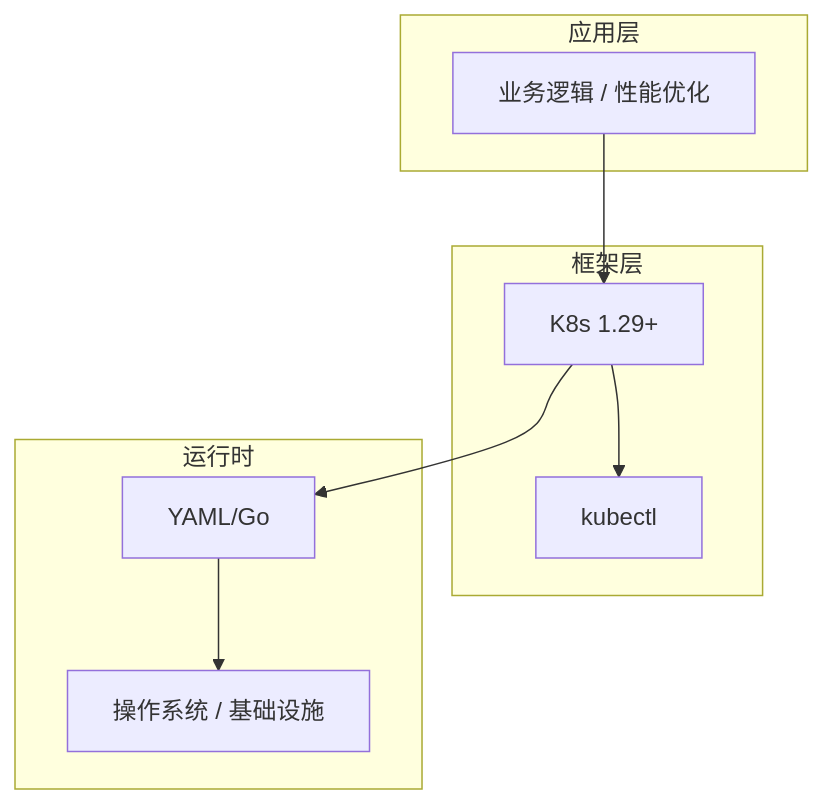
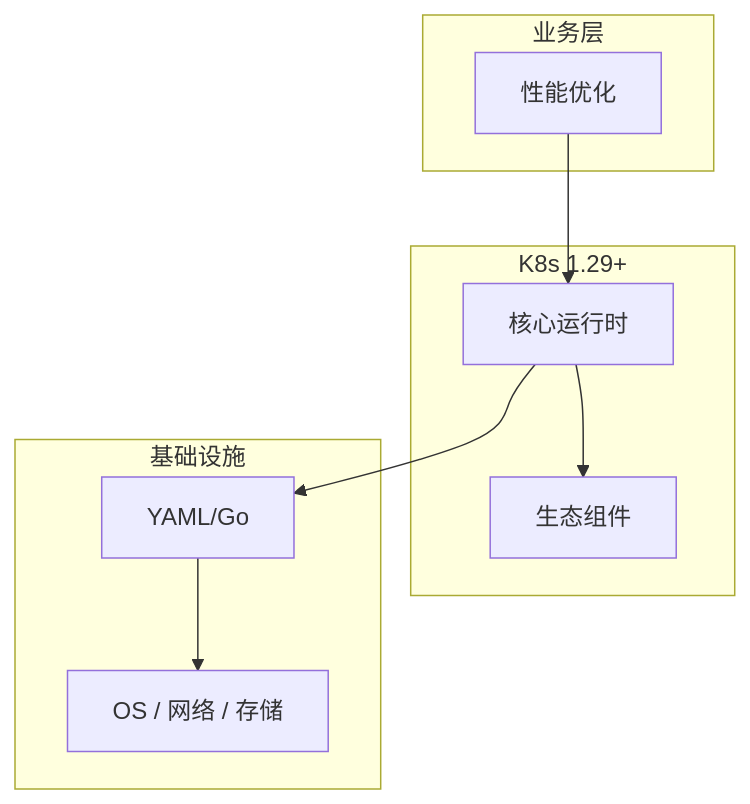
One commit to yanggan2015/knowledge-json-v2 changed the diagram in articles/Kubernetes/chapters/185-性能优化核心概念与原理.md. Above: the diagram before and after it, drawn with Mermaid. The commit also changed other lines of this file and 10127 other files, not shown here.

````diff
--- a/articles/Kubernetes/chapters/185-性能优化核心概念与原理.md
+++ b/articles/Kubernetes/chapters/185-性能优化核心概念与原理.md
@@ -45,18 +34,18 @@
 ```mermaid
 graph TB
-    subgraph 应用层
-        A[业务逻辑 / 性能优化]
+    subgraph 业务层
+        A[性能优化]
     end
-    subgraph 框架层
-        B[K8s 1.29+]
-        C[kubectl]
+    subgraph K8s 1.29+
+        B[核心运行时]
+        C[生态组件]
     end
-    subgraph 运行时
+    subgraph 基础设施
         D[YAML/Go]
-        E[操作系统 / 基础设施]
+        E[OS / 网络 / 存储]
     end
     A --> B
     B --> C
     B --> D
     D --> E
 ```
````
